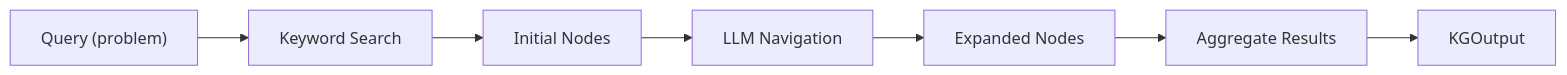
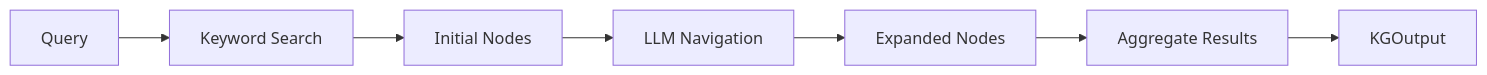
The second of 2 diagrams in docs/components/knowledge-search/overview.mdx (Leeroo-AI/kapso), drawn with Mermaid before and after one commit. The commit also changed other lines of this file and 1 other file, not shown here.

````diff
--- a/docs/components/knowledge-search/overview.mdx
+++ b/docs/components/knowledge-search/overview.mdx
@@ -89,9 +184,9 @@
 ```mermaid
 flowchart LR
-    Q["Query (problem)"] --> KW["Keyword Search"]
+    Q["Query"] --> KW["Keyword Search"]
     KW --> N1["Initial Nodes"]
     N1 --> LLM["LLM Navigation"]
     LLM --> N2["Expanded Nodes"]
     N2 --> AGG["Aggregate Results"]
     AGG --> R["KGOutput"]
 ```
````
